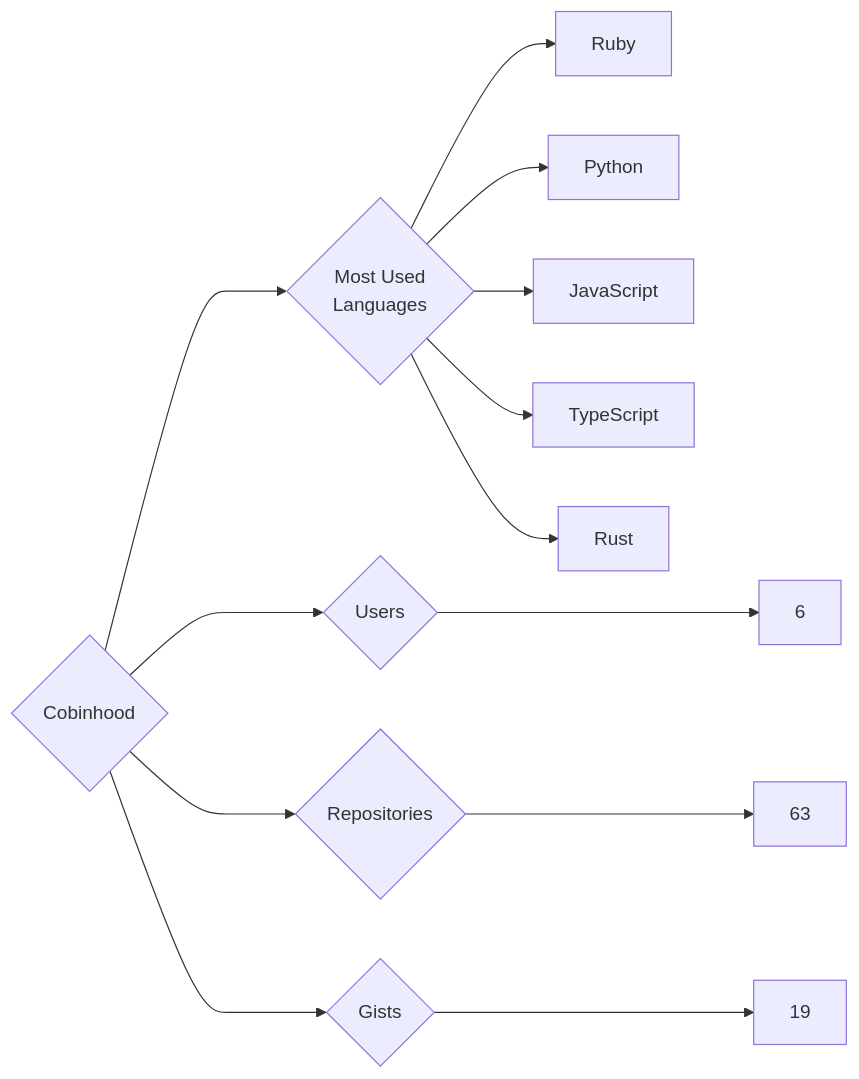
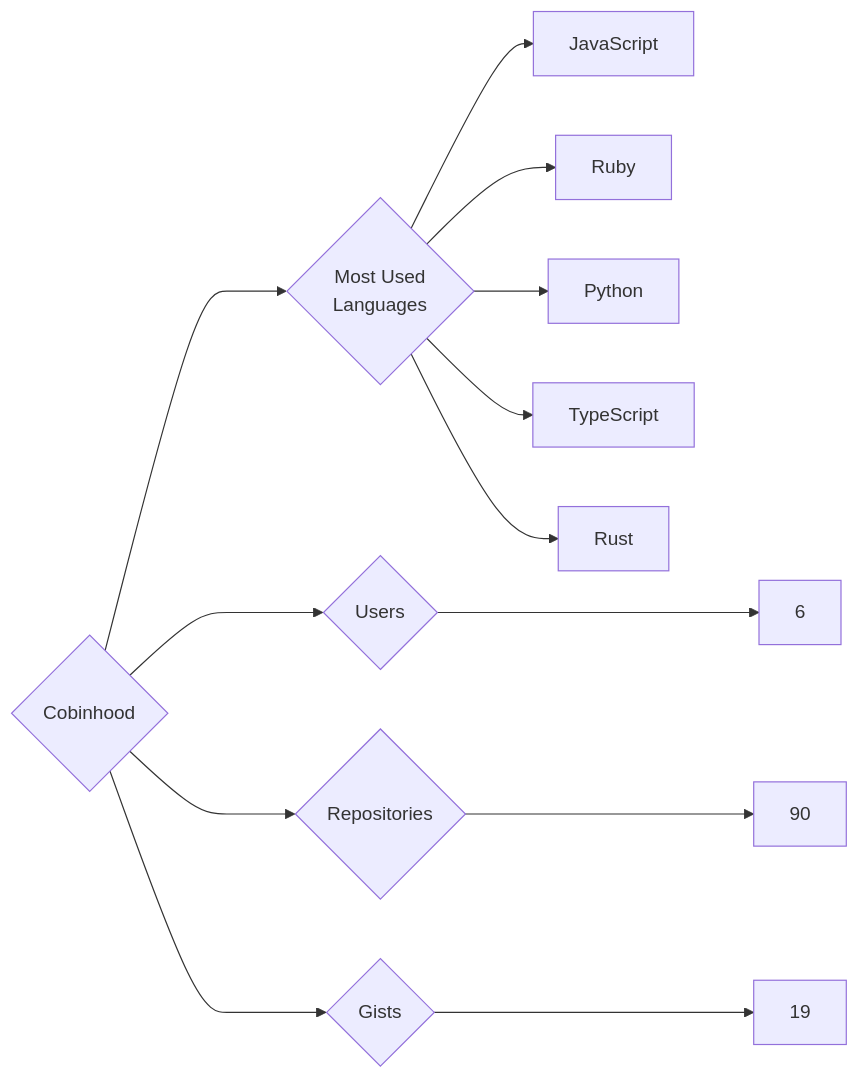
Before and after one commit to trickest/insiders: the diagram in targets/Cobinhood/README.md, drawn with Mermaid. The commit also changed 1123 other files, not shown here.

````diff
--- a/targets/Cobinhood/README.md
+++ b/targets/Cobinhood/README.md
@@ -3,13 +3,13 @@
 ```mermaid
 graph LR
 COMPANY_NAME{Cobinhood}
 COMPANY_NAME ---> U{Users} ---> UN[6]
-COMPANY_NAME ---> R{Repositories} ---> RN[63]
+COMPANY_NAME ---> R{Repositories} ---> RN[90]
 COMPANY_NAME ---> G{Gists} ---> GN[19]
 COMPANY_NAME ---> ML{Most Used<br>Languages}
+ML --> JavaScript[JavaScript]
 ML --> Ruby[Ruby]
 ML --> Python[Python]
-ML --> JavaScript[JavaScript]
 ML --> TypeScript[TypeScript]
 ML --> Rust[Rust]
 ```
````
